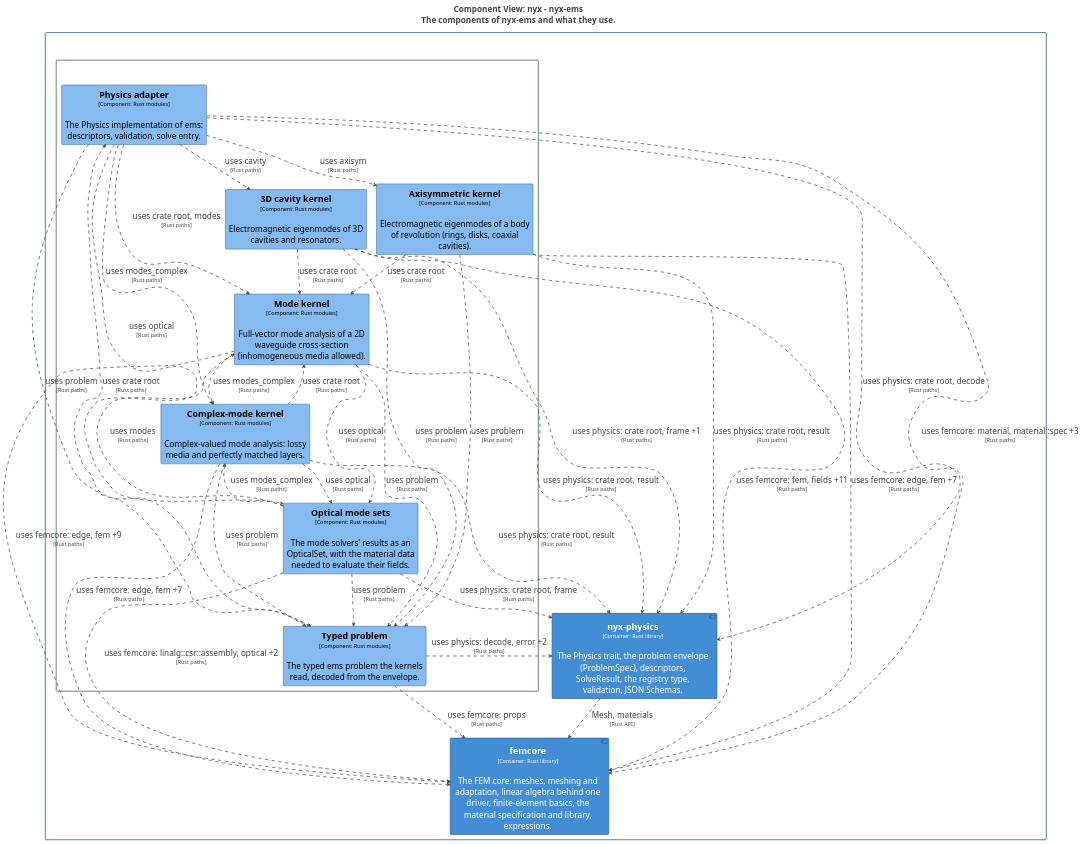
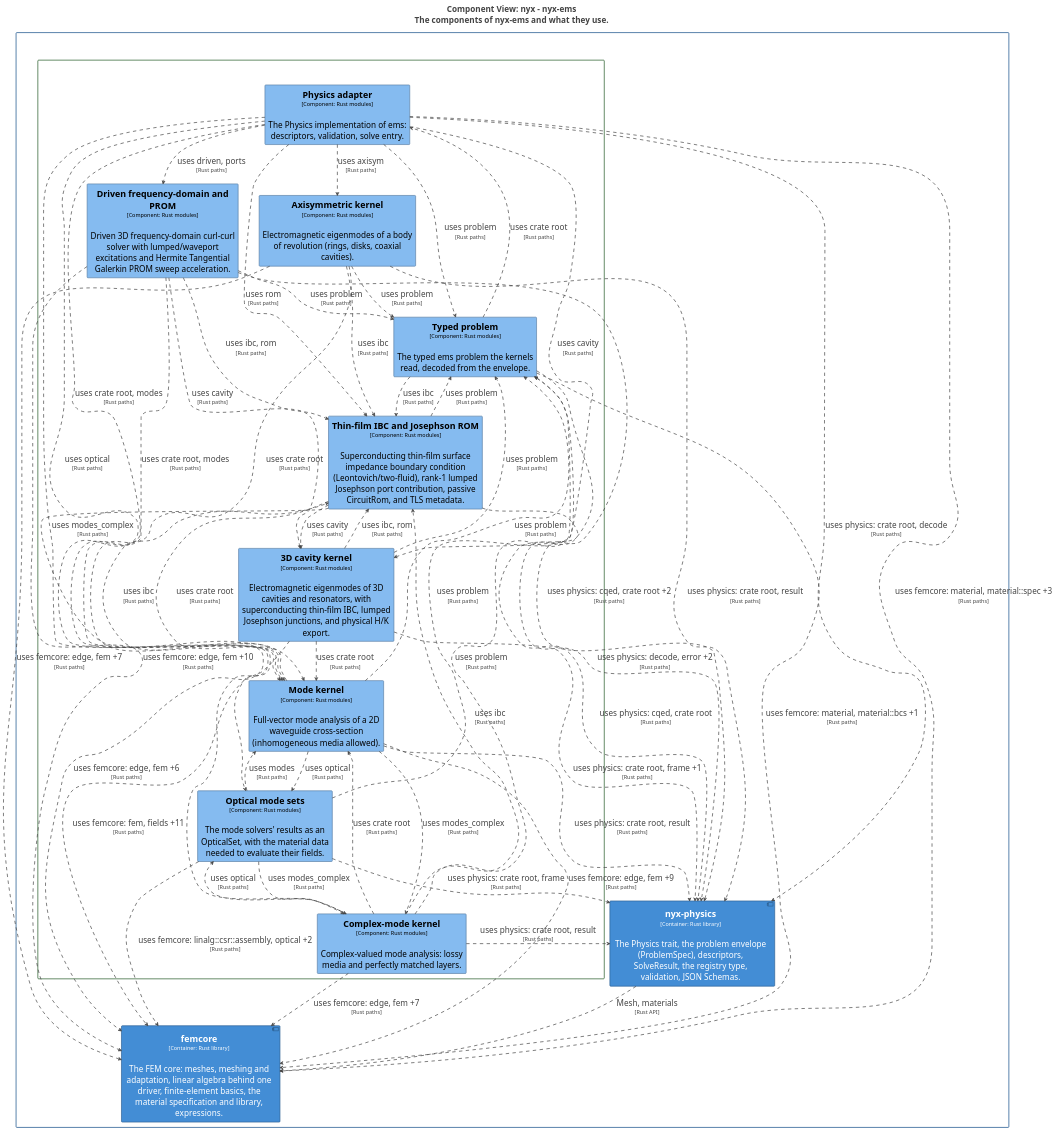
One commit to p-j-r/nyx changed the diagram in docs/architecture/c4/export/plantuml/structurizr-Components_ems.puml. Above: the diagram before and after it, drawn with PlantUML. The commit also changed 208 other files, not shown here.

Commit message:
cqed, geom, femcore, dfs, ems, analysis, engine, materials: superconducting qubit suite (M1-M5), AGENTS.md, ADRs 102-106, contracts, API & C4 docs

```diff
--- a/docs/architecture/c4/export/plantuml/structurizr-Components_ems.puml
+++ b/docs/architecture/c4/export/plantuml/structurizr-Components_ems.puml
@@ -1,122 +1,142 @@
 @startuml
 title <size:24>Component View: nyx - nyx-ems</size>\n<size:24>The components of nyx-ems and what they use.</size>
 
 set separator none
 top to bottom direction
 skinparam ranksep 60
 skinparam nodesep 30
 hide stereotype
 
 <style>
   root {
     BackgroundColor: #ffffff;
     FontColor: #444444;
   }
   // Element,Component
   .Element-RWxlbWVudCxDb21wb25lbnQ= {
     BackgroundColor: #85bbf0;
     LineColor: #5d82a8;
     LineStyle: 0;
     LineThickness: 2;
     FontColor: #000000;
     FontSize: 24;
     HorizontalAlignment: center;
     Shadowing: 0;
     MaximumWidth: 450;
   }
   // Element,Container,Library
   .Element-RWxlbWVudCxDb250YWluZXIsTGlicmFyeQ== {
     BackgroundColor: #438dd5;
     LineColor: #2e6295;
     LineStyle: 0;
     LineThickness: 2;
     FontColor: #ffffff;
     FontSize: 24;
     HorizontalAlignment: center;
     Shadowing: 0;
     MaximumWidth: 450;
   }
   // Relationship
   .Relationship-UmVsYXRpb25zaGlw {
     LineThickness: 2;
     LineStyle: 10-10;
     LineColor: #444444;
     FontColor: #444444;
     FontSize: 24;
   }
   // nyx
   .Boundary-bnl4 {
     BackgroundColor: #ffffff;
     LineColor: #0b4884;
     LineStyle: 0;
     LineThickness: 2;
     FontColor: #ffffff;
     FontSize: 24;
     HorizontalAlignment: center;
     Shadowing: 0;
   }
   // nyx-ems
   .Boundary-bnl4LWVtcw== {
     BackgroundColor: #ffffff;
     LineColor: #205723;
     LineStyle: 0;
     LineThickness: 2;
     FontColor: #ffffff;
     FontSize: 24;
     HorizontalAlignment: center;
     Shadowing: 0;
   }
 </style>
 
 rectangle "nyx\n<size:16>[Software System]</size>" <<Boundary-bnl4>> {
   rectangle "nyx-ems\n<size:16>[Container: Rust library]</size>" <<Boundary-bnl4LWVtcw==>> {
     rectangle "==Physics adapter\n<size:16>[Component: Rust modules]</size>\n\nThe Physics implementation of ems: descriptors, validation, solve entry." <<Element-RWxlbWVudCxDb21wb25lbnQ=>> as nyx.nyxems.Physicsadapter
     rectangle "==Typed problem\n<size:16>[Component: Rust modules]</size>\n\nThe typed ems problem the kernels read, decoded from the envelope." <<Element-RWxlbWVudCxDb21wb25lbnQ=>> as nyx.nyxems.Typedproblem
     rectangle "==Mode kernel\n<size:16>[Component: Rust modules]</size>\n\nFull-vector mode analysis of a 2D waveguide cross-section (inhomogeneous media allowed)." <<Element-RWxlbWVudCxDb21wb25lbnQ=>> as nyx.nyxems.Modekernel
     rectangle "==Complex-mode kernel\n<size:16>[Component: Rust modules]</size>\n\nComplex-valued mode analysis: lossy media and perfectly matched layers." <<Element-RWxlbWVudCxDb21wb25lbnQ=>> as nyx.nyxems.Complexmodekernel
     rectangle "==Axisymmetric kernel\n<size:16>[Component: Rust modules]</size>\n\nElectromagnetic eigenmodes of a body of revolution (rings, disks, coaxial cavities)." <<Element-RWxlbWVudCxDb21wb25lbnQ=>> as nyx.nyxems.Axisymmetrickernel
-    rectangle "==3D cavity kernel\n<size:16>[Component: Rust modules]</size>\n\nElectromagnetic eigenmodes of 3D cavities and resonators." <<Element-RWxlbWVudCxDb21wb25lbnQ=>> as nyx.nyxems.3Dcavitykernel
+    rectangle "==3D cavity kernel\n<size:16>[Component: Rust modules]</size>\n\nElectromagnetic eigenmodes of 3D cavities and resonators, with superconducting thin-film IBC, lumped Josephson junctions, and physical H/K export." <<Element-RWxlbWVudCxDb21wb25lbnQ=>> as nyx.nyxems.3Dcavitykernel
+    rectangle "==Thin-film IBC and Josephson ROM\n<size:16>[Component: Rust modules]</size>\n\nSuperconducting thin-film surface impedance boundary condition (Leontovich/two-fluid), rank-1 lumped Josephson port contribution, passive CircuitRom, and TLS metadata." <<Element-RWxlbWVudCxDb21wb25lbnQ=>> as nyx.nyxems.ThinfilmIBCandJosephsonROM
+    rectangle "==Driven frequency-domain and PROM\n<size:16>[Component: Rust modules]</size>\n\nDriven 3D frequency-domain curl-curl solver with lumped/waveport excitations and Hermite Tangential Galerkin PROM sweep acceleration." <<Element-RWxlbWVudCxDb21wb25lbnQ=>> as nyx.nyxems.DrivenfrequencydomainandPROM
     rectangle "==Optical mode sets\n<size:16>[Component: Rust modules]</size>\n\nThe mode solvers' results as an OpticalSet, with the material data needed to evaluate their fields." <<Element-RWxlbWVudCxDb21wb25lbnQ=>> as nyx.nyxems.Opticalmodesets
   }
 
   component "==nyx-physics\n<size:16>[Container: Rust library]</size>\n\nThe Physics trait, the problem envelope (ProblemSpec), descriptors, SolveResult, the registry type, validation, JSON Schemas." <<Element-RWxlbWVudCxDb250YWluZXIsTGlicmFyeQ==>> as nyx.nyxphysics
   component "==femcore\n<size:16>[Container: Rust library]</size>\n\nThe FEM core: meshes, meshing and adaptation, linear algebra behind one driver, finite-element basics, the material specification and library, expressions." <<Element-RWxlbWVudCxDb250YWluZXIsTGlicmFyeQ==>> as nyx.femcore
 }
 
 nyx.nyxphysics --> nyx.femcore <<Relationship-UmVsYXRpb25zaGlw>> : "Mesh, materials\n<size:16>[Rust API]</size>"
 nyx.nyxems.Physicsadapter --> nyx.femcore <<Relationship-UmVsYXRpb25zaGlw>> : "uses femcore: material, material::spec +3\n<size:16>[Rust paths]</size>"
 nyx.nyxems.Physicsadapter --> nyx.nyxphysics <<Relationship-UmVsYXRpb25zaGlw>> : "uses physics: crate root, decode\n<size:16>[Rust paths]</size>"
 nyx.nyxems.Physicsadapter --> nyx.nyxems.Axisymmetrickernel <<Relationship-UmVsYXRpb25zaGlw>> : "uses axisym\n<size:16>[Rust paths]</size>"
 nyx.nyxems.Physicsadapter --> nyx.nyxems.3Dcavitykernel <<Relationship-UmVsYXRpb25zaGlw>> : "uses cavity\n<size:16>[Rust paths]</size>"
+nyx.nyxems.Physicsadapter --> nyx.nyxems.DrivenfrequencydomainandPROM <<Relationship-UmVsYXRpb25zaGlw>> : "uses driven, ports\n<size:16>[Rust paths]</size>"
+nyx.nyxems.Physicsadapter --> nyx.nyxems.ThinfilmIBCandJosephsonROM <<Relationship-UmVsYXRpb25zaGlw>> : "uses rom\n<size:16>[Rust paths]</size>"
 nyx.nyxems.Physicsadapter --> nyx.nyxems.Modekernel <<Relationship-UmVsYXRpb25zaGlw>> : "uses crate root, modes\n<size:16>[Rust paths]</size>"
 nyx.nyxems.Physicsadapter --> nyx.nyxems.Complexmodekernel <<Relationship-UmVsYXRpb25zaGlw>> : "uses modes_complex\n<size:16>[Rust paths]</size>"
 nyx.nyxems.Physicsadapter --> nyx.nyxems.Opticalmodesets <<Relationship-UmVsYXRpb25zaGlw>> : "uses optical\n<size:16>[Rust paths]</size>"
 nyx.nyxems.Physicsadapter --> nyx.nyxems.Typedproblem <<Relationship-UmVsYXRpb25zaGlw>> : "uses problem\n<size:16>[Rust paths]</size>"
 nyx.nyxems.Axisymmetrickernel --> nyx.femcore <<Relationship-UmVsYXRpb25zaGlw>> : "uses femcore: edge, fem +7\n<size:16>[Rust paths]</size>"
 nyx.nyxems.Axisymmetrickernel --> nyx.nyxphysics <<Relationship-UmVsYXRpb25zaGlw>> : "uses physics: crate root, result\n<size:16>[Rust paths]</size>"
+nyx.nyxems.Axisymmetrickernel --> nyx.nyxems.ThinfilmIBCandJosephsonROM <<Relationship-UmVsYXRpb25zaGlw>> : "uses ibc\n<size:16>[Rust paths]</size>"
 nyx.nyxems.Axisymmetrickernel --> nyx.nyxems.Modekernel <<Relationship-UmVsYXRpb25zaGlw>> : "uses crate root\n<size:16>[Rust paths]</size>"
 nyx.nyxems.Axisymmetrickernel --> nyx.nyxems.Typedproblem <<Relationship-UmVsYXRpb25zaGlw>> : "uses problem\n<size:16>[Rust paths]</size>"
 nyx.nyxems.3Dcavitykernel --> nyx.femcore <<Relationship-UmVsYXRpb25zaGlw>> : "uses femcore: fem, fields +11\n<size:16>[Rust paths]</size>"
 nyx.nyxems.3Dcavitykernel --> nyx.nyxphysics <<Relationship-UmVsYXRpb25zaGlw>> : "uses physics: crate root, frame +1\n<size:16>[Rust paths]</size>"
+nyx.nyxems.3Dcavitykernel --> nyx.nyxems.ThinfilmIBCandJosephsonROM <<Relationship-UmVsYXRpb25zaGlw>> : "uses ibc, rom\n<size:16>[Rust paths]</size>"
 nyx.nyxems.3Dcavitykernel --> nyx.nyxems.Modekernel <<Relationship-UmVsYXRpb25zaGlw>> : "uses crate root\n<size:16>[Rust paths]</size>"
 nyx.nyxems.3Dcavitykernel --> nyx.nyxems.Typedproblem <<Relationship-UmVsYXRpb25zaGlw>> : "uses problem\n<size:16>[Rust paths]</size>"
+nyx.nyxems.DrivenfrequencydomainandPROM --> nyx.femcore <<Relationship-UmVsYXRpb25zaGlw>> : "uses femcore: edge, fem +10\n<size:16>[Rust paths]</size>"
+nyx.nyxems.DrivenfrequencydomainandPROM --> nyx.nyxphysics <<Relationship-UmVsYXRpb25zaGlw>> : "uses physics: cqed, crate root +2\n<size:16>[Rust paths]</size>"
+nyx.nyxems.DrivenfrequencydomainandPROM --> nyx.nyxems.3Dcavitykernel <<Relationship-UmVsYXRpb25zaGlw>> : "uses cavity\n<size:16>[Rust paths]</size>"
+nyx.nyxems.DrivenfrequencydomainandPROM --> nyx.nyxems.ThinfilmIBCandJosephsonROM <<Relationship-UmVsYXRpb25zaGlw>> : "uses ibc, rom\n<size:16>[Rust paths]</size>"
+nyx.nyxems.DrivenfrequencydomainandPROM --> nyx.nyxems.Modekernel <<Relationship-UmVsYXRpb25zaGlw>> : "uses crate root, modes\n<size:16>[Rust paths]</size>"
+nyx.nyxems.DrivenfrequencydomainandPROM --> nyx.nyxems.Typedproblem <<Relationship-UmVsYXRpb25zaGlw>> : "uses problem\n<size:16>[Rust paths]</size>"
+nyx.nyxems.ThinfilmIBCandJosephsonROM --> nyx.femcore <<Relationship-UmVsYXRpb25zaGlw>> : "uses femcore: edge, fem +6\n<size:16>[Rust paths]</size>"
+nyx.nyxems.ThinfilmIBCandJosephsonROM --> nyx.nyxphysics <<Relationship-UmVsYXRpb25zaGlw>> : "uses physics: cqed, crate root\n<size:16>[Rust paths]</size>"
+nyx.nyxems.ThinfilmIBCandJosephsonROM --> nyx.nyxems.3Dcavitykernel <<Relationship-UmVsYXRpb25zaGlw>> : "uses cavity\n<size:16>[Rust paths]</size>"
+nyx.nyxems.ThinfilmIBCandJosephsonROM --> nyx.nyxems.Modekernel <<Relationship-UmVsYXRpb25zaGlw>> : "uses crate root\n<size:16>[Rust paths]</size>"
+nyx.nyxems.ThinfilmIBCandJosephsonROM --> nyx.nyxems.Typedproblem <<Relationship-UmVsYXRpb25zaGlw>> : "uses problem\n<size:16>[Rust paths]</size>"
 nyx.nyxems.Modekernel --> nyx.femcore <<Relationship-UmVsYXRpb25zaGlw>> : "uses femcore: edge, fem +9\n<size:16>[Rust paths]</size>"
 nyx.nyxems.Modekernel --> nyx.nyxphysics <<Relationship-UmVsYXRpb25zaGlw>> : "uses physics: crate root, result\n<size:16>[Rust paths]</size>"
+nyx.nyxems.Modekernel --> nyx.nyxems.ThinfilmIBCandJosephsonROM <<Relationship-UmVsYXRpb25zaGlw>> : "uses ibc\n<size:16>[Rust paths]</size>"
 nyx.nyxems.Modekernel --> nyx.nyxems.Complexmodekernel <<Relationship-UmVsYXRpb25zaGlw>> : "uses modes_complex\n<size:16>[Rust paths]</size>"
 nyx.nyxems.Modekernel --> nyx.nyxems.Opticalmodesets <<Relationship-UmVsYXRpb25zaGlw>> : "uses optical\n<size:16>[Rust paths]</size>"
 nyx.nyxems.Modekernel --> nyx.nyxems.Typedproblem <<Relationship-UmVsYXRpb25zaGlw>> : "uses problem\n<size:16>[Rust paths]</size>"
 nyx.nyxems.Complexmodekernel --> nyx.femcore <<Relationship-UmVsYXRpb25zaGlw>> : "uses femcore: edge, fem +7\n<size:16>[Rust paths]</size>"
 nyx.nyxems.Complexmodekernel --> nyx.nyxphysics <<Relationship-UmVsYXRpb25zaGlw>> : "uses physics: crate root, result\n<size:16>[Rust paths]</size>"
+nyx.nyxems.Complexmodekernel --> nyx.nyxems.ThinfilmIBCandJosephsonROM <<Relationship-UmVsYXRpb25zaGlw>> : "uses ibc\n<size:16>[Rust paths]</size>"
 nyx.nyxems.Complexmodekernel --> nyx.nyxems.Modekernel <<Relationship-UmVsYXRpb25zaGlw>> : "uses crate root\n<size:16>[Rust paths]</size>"
 nyx.nyxems.Complexmodekernel --> nyx.nyxems.Opticalmodesets <<Relationship-UmVsYXRpb25zaGlw>> : "uses optical\n<size:16>[Rust paths]</size>"
 nyx.nyxems.Complexmodekernel --> nyx.nyxems.Typedproblem <<Relationship-UmVsYXRpb25zaGlw>> : "uses problem\n<size:16>[Rust paths]</size>"
 nyx.nyxems.Opticalmodesets --> nyx.femcore <<Relationship-UmVsYXRpb25zaGlw>> : "uses femcore: linalg::csr::assembly, optical +2\n<size:16>[Rust paths]</size>"
 nyx.nyxems.Opticalmodesets --> nyx.nyxphysics <<Relationship-UmVsYXRpb25zaGlw>> : "uses physics: crate root, frame\n<size:16>[Rust paths]</size>"
 nyx.nyxems.Opticalmodesets --> nyx.nyxems.Modekernel <<Relationship-UmVsYXRpb25zaGlw>> : "uses modes\n<size:16>[Rust paths]</size>"
 nyx.nyxems.Opticalmodesets --> nyx.nyxems.Complexmodekernel <<Relationship-UmVsYXRpb25zaGlw>> : "uses modes_complex\n<size:16>[Rust paths]</size>"
 nyx.nyxems.Opticalmodesets --> nyx.nyxems.Typedproblem <<Relationship-UmVsYXRpb25zaGlw>> : "uses problem\n<size:16>[Rust paths]</size>"
-nyx.nyxems.Typedproblem --> nyx.femcore <<Relationship-UmVsYXRpb25zaGlw>> : "uses femcore: props\n<size:16>[Rust paths]</size>"
+nyx.nyxems.Typedproblem --> nyx.femcore <<Relationship-UmVsYXRpb25zaGlw>> : "uses femcore: material, material::bcs +1\n<size:16>[Rust paths]</size>"
 nyx.nyxems.Typedproblem --> nyx.nyxphysics <<Relationship-UmVsYXRpb25zaGlw>> : "uses physics: decode, error +2\n<size:16>[Rust paths]</size>"
 nyx.nyxems.Typedproblem --> nyx.nyxems.Physicsadapter <<Relationship-UmVsYXRpb25zaGlw>> : "uses crate root\n<size:16>[Rust paths]</size>"
+nyx.nyxems.Typedproblem --> nyx.nyxems.ThinfilmIBCandJosephsonROM <<Relationship-UmVsYXRpb25zaGlw>> : "uses ibc\n<size:16>[Rust paths]</size>"
 
 @enduml
```
